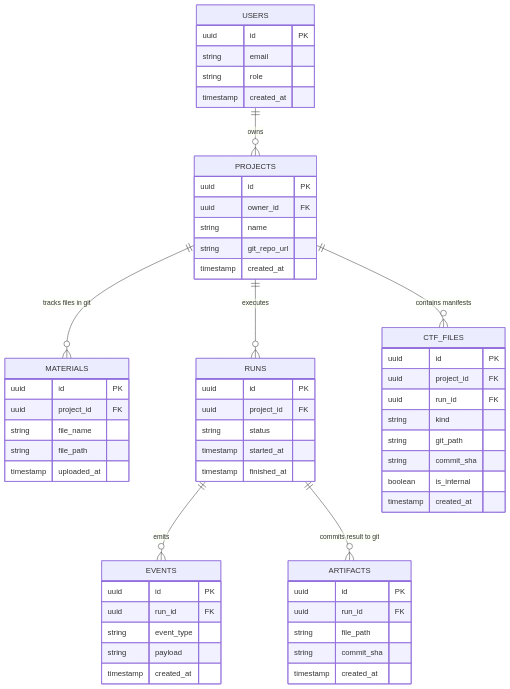
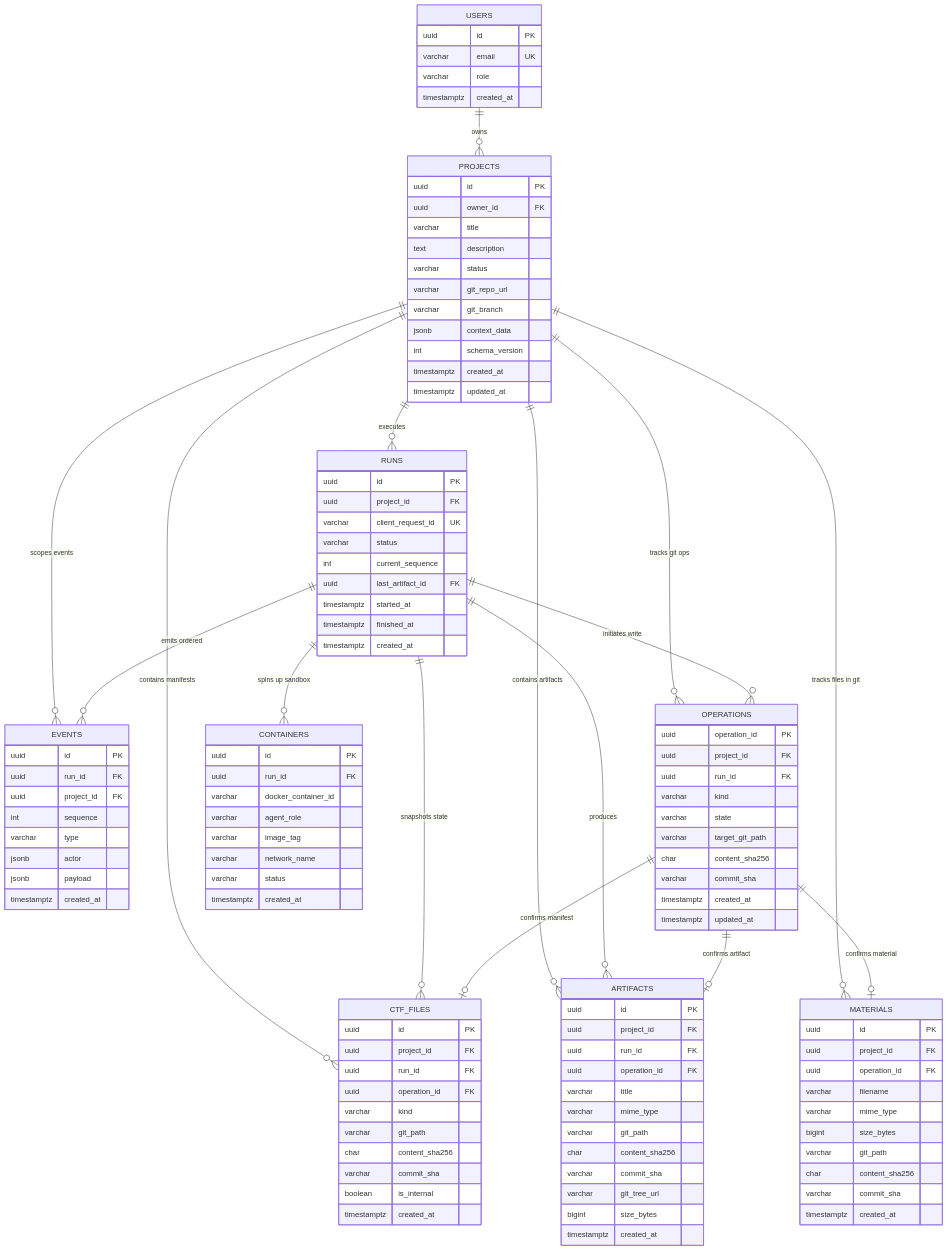
Before and after one commit to AcryCxde/PP-Sber-Autumn-2026: the second of 3 diagrams in docs/adr/ADR-001-storage.md, drawn with Mermaid. The commit also changed other lines of this file, not shown here.

First line of the commit message:
docs(adr): resolve review comments on ADR-001 storage model and add runner sandbox

````diff
--- a/docs/adr/ADR-001-storage.md
+++ b/docs/adr/ADR-001-storage.md
@@ -54,65 +135,126 @@
     PROJECTS ||--o{ MATERIALS : "tracks files in git"
     PROJECTS ||--o{ RUNS : "executes"
     PROJECTS ||--o{ CTF_FILES : "contains manifests"
+    PROJECTS ||--o{ EVENTS : "scopes events"
+    PROJECTS ||--o{ ARTIFACTS : "contains artifacts"
+    PROJECTS ||--o{ OPERATIONS : "tracks git ops"
 
-    RUNS ||--o{ EVENTS : "emits"
-    RUNS ||--o{ ARTIFACTS : "commits result to git"
+    RUNS ||--o{ EVENTS : "emits ordered"
+    RUNS ||--o{ OPERATIONS : "initiates write"
+    RUNS ||--o{ ARTIFACTS : "produces"
+    RUNS ||--o{ CTF_FILES : "snapshots state"
+    RUNS ||--o{ CONTAINERS : "spins up sandbox"
+
+    OPERATIONS ||--o| ARTIFACTS : "confirms artifact"
+    OPERATIONS ||--o| MATERIALS : "confirms material"
+    OPERATIONS ||--o| CTF_FILES : "confirms manifest"
 
     USERS {
         uuid id PK
-        string email
-        string role
-        timestamp created_at
+        varchar email UK
+        varchar role
+        timestamptz created_at
     }
 
     PROJECTS {
         uuid id PK
         uuid owner_id FK
-        string name
-        string git_repo_url
-        timestamp created_at
+        varchar title
+        text description
+        varchar status
+        varchar git_repo_url
+        varchar git_branch
+        jsonb context_data
+        int schema_version
+        timestamptz created_at
+        timestamptz updated_at
     }
 
     MATERIALS {
         uuid id PK
         uuid project_id FK
-        string file_name
-        string file_path
-        timestamp uploaded_at
+        uuid operation_id FK
+        varchar filename
+        varchar mime_type
+        bigint size_bytes
+        varchar git_path
+        char content_sha256
+        varchar commit_sha
+        timestamptz created_at
+    }
+
+    RUNS {
+        uuid id PK
+        uuid project_id FK
+        varchar client_request_id UK
+        varchar status
+        int current_sequence
+        uuid last_artifact_id FK
+        timestamptz started_at
+        timestamptz finished_at
+        timestamptz created_at
+    }
+
+    OPERATIONS {
+        uuid operation_id PK
+        uuid project_id FK
+        uuid run_id FK
+        varchar kind
+        varchar state
+        varchar target_git_path
+        char content_sha256
+        varchar commit_sha
+        timestamptz created_at
+        timestamptz updated_at
+    }
+
+    EVENTS {
+        uuid id PK
+        uuid run_id FK
+        uuid project_id FK
+        int sequence
+        varchar type
+        jsonb actor
+        jsonb payload
+        timestamptz created_at
+    }
+
+    ARTIFACTS {
+        uuid id PK
+        uuid project_id FK
+        uuid run_id FK
+        uuid operation_id FK
+        varchar title
+        varchar mime_type
+        varchar git_path
+        char content_sha256
+        varchar commit_sha
+        varchar git_tree_url
+        bigint size_bytes
+        timestamptz created_at
     }
 
     CTF_FILES {
         uuid id PK
         uuid project_id FK
         uuid run_id FK
-        string kind
-        string git_path
-        string commit_sha
+        uuid operation_id FK
+        varchar kind
+        varchar git_path
+        char content_sha256
+        varchar commit_sha
         boolean is_internal
-        timestamp created_at
+        timestamptz created_at
     }
 
-    RUNS {
-        uuid id PK
-        uuid project_id FK
-        string status
-        timestamp started_at
-        timestamp finished_at
-    }
-
-    EVENTS {
+    CONTAINERS {
         uuid id PK
         uuid run_id FK
-        string event_type
-        string payload
-        timestamp created_at
-    }
-
-    ARTIFACTS {
-        uuid id PK
-        uuid run_id FK
-        string file_path
-        string commit_sha
-        timestamp created_at
+        varchar docker_container_id
+        varchar agent_role
+        varchar image_tag
+        varchar network_name
+        varchar status
+        timestamptz created_at
     }
 ```
````
